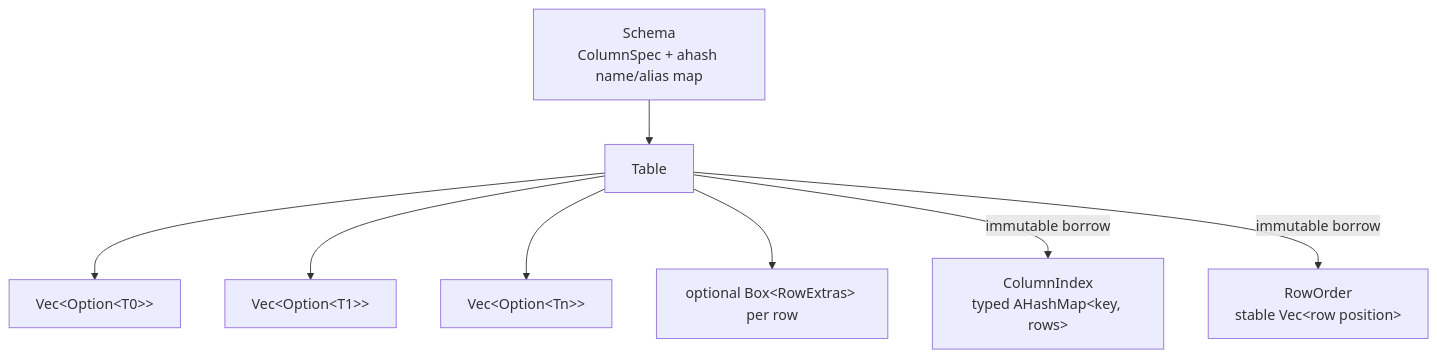
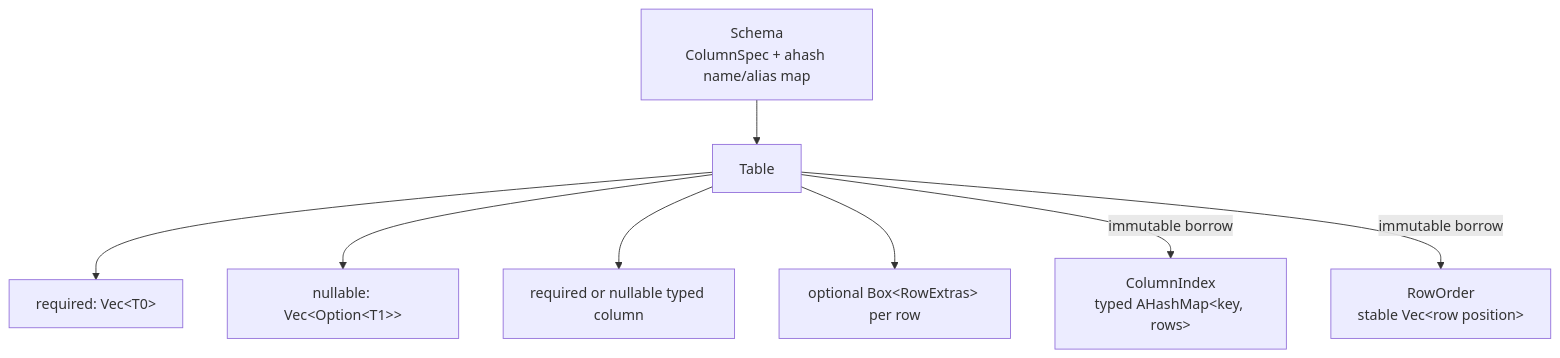
One commit to kjn-void/gd-rs changed the first of 2 diagrams in docs/high-level/table.md. Above: the diagram before and after it, drawn with Mermaid. The commit also changed other lines of this file and 20 other files, not shown here.

First line of the commit message:
Optimize typed table columns and preserve C++ benchmarks

````diff
--- a/docs/high-level/table.md
+++ b/docs/high-level/table.md
@@ -6,10 +7,10 @@
 ```mermaid
 flowchart TD
     Schema["Schema\nColumnSpec + ahash name/alias map"] --> Table
-    Table --> C0["Vec&lt;Option&lt;T0&gt;&gt;"]
-    Table --> C1["Vec&lt;Option&lt;T1&gt;&gt;"]
-    Table --> CN["Vec&lt;Option&lt;Tn&gt;&gt;"]
+    Table --> C0["required: Vec&lt;T0&gt;"]
+    Table --> C1["nullable: Vec&lt;Option&lt;T1&gt;&gt;"]
+    Table --> CN["required or nullable typed column"]
     Table --> Extras["optional Box&lt;RowExtras&gt; per row"]
     Table -->|"immutable borrow"| Index["ColumnIndex\ntyped AHashMap&lt;key, rows&gt;"]
     Table -->|"immutable borrow"| Order["RowOrder\nstable Vec&lt;row position&gt;"]
 ```
````
